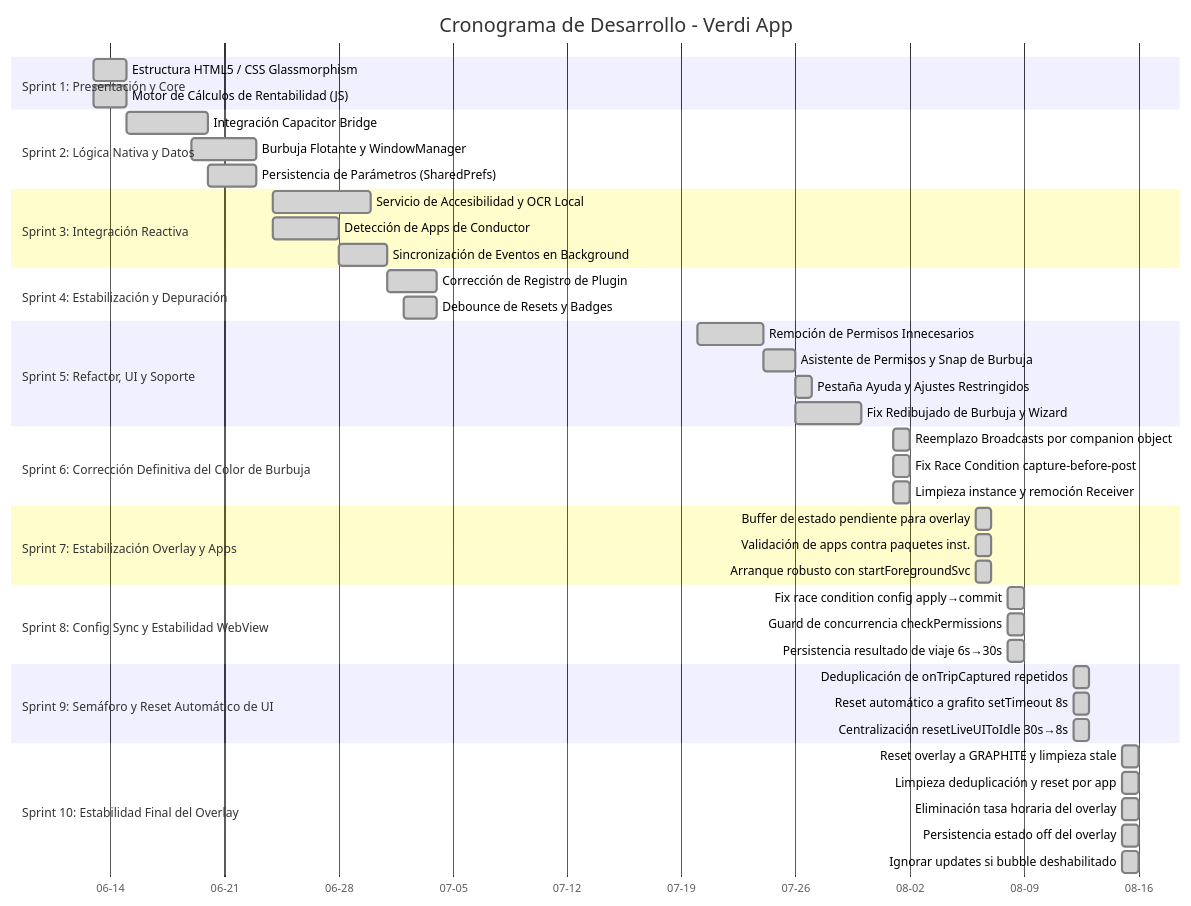
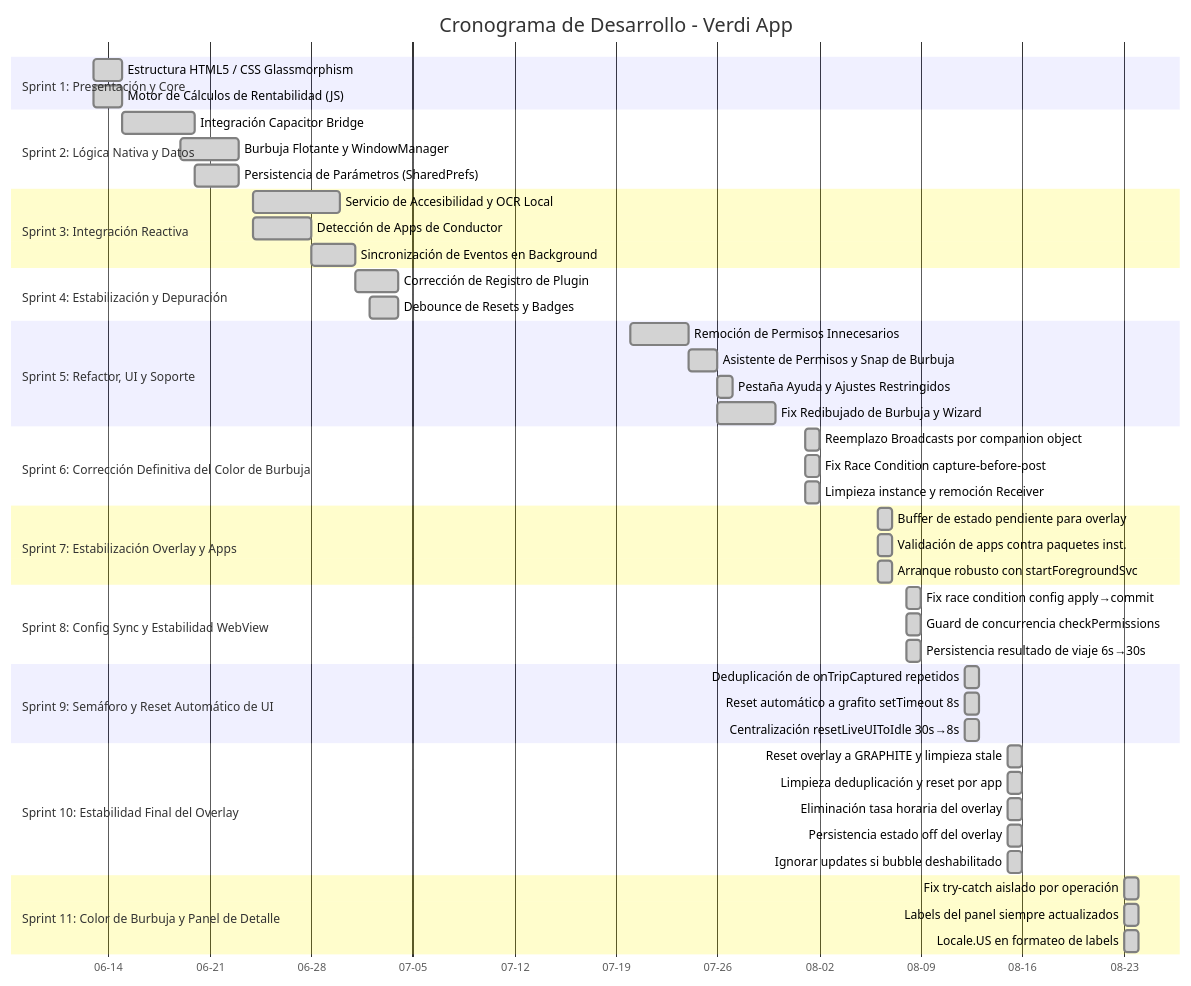
Before and after one commit to JorgeFreire95/Verdi: the diagram in CRONOGRAMA_DESARROLLO.md, drawn with Mermaid. The commit also changed other lines of this file, not shown here.

````diff
--- a/CRONOGRAMA_DESARROLLO.md
+++ b/CRONOGRAMA_DESARROLLO.md
@@ -11,57 +11,62 @@
 ```mermaid
 gantt
     title Cronograma de Desarrollo - Verdi App
     dateFormat  YYYY-MM-DD
     axisFormat  %m-%d
     
     section Sprint 1: Presentación y Core
     Estructura HTML5 / CSS Glassmorphism     :done, s1a, 2026-06-13, 2d
     Motor de Cálculos de Rentabilidad (JS)   :done, s1b, 2026-06-13, 2d
     
     section Sprint 2: Lógica Nativa y Datos
     Integración Capacitor Bridge             :done, s2a, 2026-06-15, 5d
     Burbuja Flotante y WindowManager         :done, s2b, 2026-06-19, 4d
     Persistencia de Parámetros (SharedPrefs) :done, s2c, 2026-06-20, 3d
     
     section Sprint 3: Integración Reactiva
     Servicio de Accesibilidad y OCR Local    :done, s3a, 2026-06-24, 6d
     Detección de Apps de Conductor           :done, s3b, 2026-06-24, 4d
     Sincronización de Eventos en Background  :done, s3c, 2026-06-28, 3d
     
     section Sprint 4: Estabilización y Depuración
     Corrección de Registro de Plugin         :done, s4a, 2026-07-01, 3d
     Debounce de Resets y Badges              :done, s4b, 2026-07-02, 2d
     
     section Sprint 5: Refactor, UI y Soporte
     Remoción de Permisos Innecesarios        :done, s5a, 2026-07-20, 4d
     Asistente de Permisos y Snap de Burbuja  :done, s5b, 2026-07-24, 2d
     Pestaña Ayuda y Ajustes Restringidos     :done, s5c, 2026-07-26, 1d
     Fix Redibujado de Burbuja y Wizard       :done, s5d, 2026-07-26, 4d
     
     section Sprint 6: Corrección Definitiva del Color de Burbuja
     Reemplazo Broadcasts por companion object :done, s6a, 2026-08-01, 1d
     Fix Race Condition capture-before-post    :done, s6b, 2026-08-01, 1d
     Limpieza instance y remoción Receiver     :done, s6c, 2026-08-01, 1d
 
     section Sprint 7: Estabilización Overlay y Apps
     Buffer de estado pendiente para overlay   :done, s7a, 2026-08-06, 1d
     Validación de apps contra paquetes inst.  :done, s7b, 2026-08-06, 1d
     Arranque robusto con startForegroundSvc   :done, s7c, 2026-08-06, 1d
 
     section Sprint 8: Config Sync y Estabilidad WebView
     Fix race condition config apply→commit    :done, s8a, 2026-08-08, 1d
     Guard de concurrencia checkPermissions    :done, s8b, 2026-08-08, 1d
     Persistencia resultado de viaje 6s→30s   :done, s8c, 2026-08-08, 1d
 
     section Sprint 9: Semáforo y Reset Automático de UI
     Deduplicación de onTripCaptured repetidos :done, s9a, 2026-08-12, 1d
     Reset automático a grafito setTimeout 8s  :done, s9b, 2026-08-12, 1d
     Centralización resetLiveUIToIdle 30s→8s   :done, s9c, 2026-08-12, 1d
 
     section Sprint 10: Estabilidad Final del Overlay
     Reset overlay a GRAPHITE y limpieza stale :done, s10a, 2026-08-15, 1d
     Limpieza deduplicación y reset por app    :done, s10b, 2026-08-15, 1d
     Eliminación tasa horaria del overlay      :done, s10c, 2026-08-15, 1d
     Persistencia estado off del overlay       :done, s10d, 2026-08-15, 1d
     Ignorar updates si bubble deshabilitado   :done, s10e, 2026-08-15, 1d
+
+    section Sprint 11: Color de Burbuja y Panel de Detalle
+    Fix try-catch aislado por operación      :done, s11a, 2026-08-23, 1d
+    Labels del panel siempre actualizados    :done, s11b, 2026-08-23, 1d
+    Locale.US en formateo de labels          :done, s11c, 2026-08-23, 1d
 ```
````
